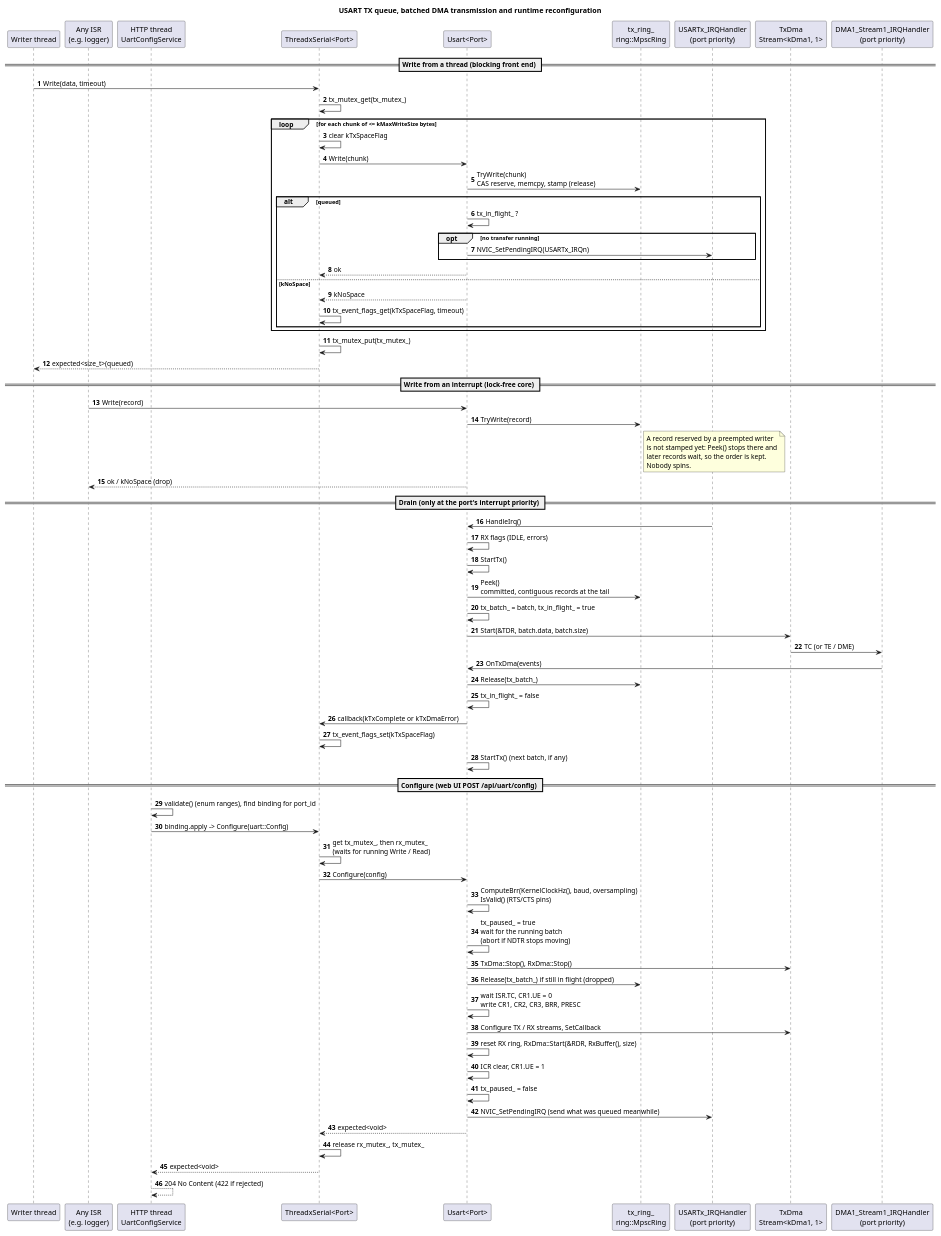
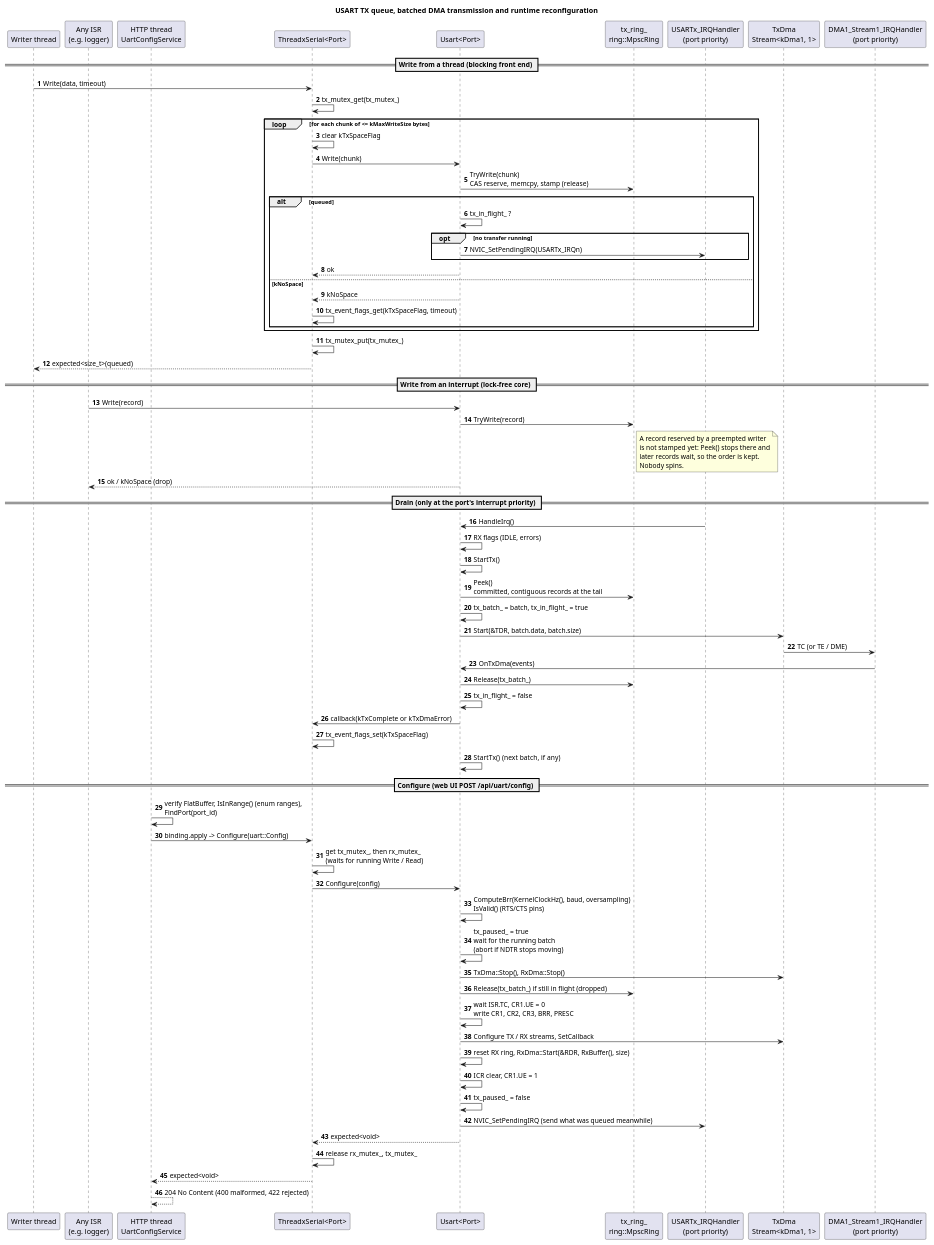
One commit to ertekinsener/stm32h7-drivers changed the diagram in docs/uart/usart_tx_configure_sequence.puml. Above: the diagram before and after it, drawn with PlantUML. The commit also changed 2 other files, not shown here.

```diff
--- a/docs/uart/usart_tx_configure_sequence.puml
+++ b/docs/uart/usart_tx_configure_sequence.puml
@@ -1,81 +1,81 @@
 @startuml usart_tx_configure_sequence
 title USART TX queue, batched DMA transmission and runtime reconfiguration
 autonumber
 
 participant "Writer thread" as W
 participant "Any ISR\n(e.g. logger)" as I
 participant "HTTP thread\nUartConfigService" as H
 participant "ThreadxSerial<Port>" as S
 participant "Usart<Port>" as U
 participant "tx_ring_\nring::MpscRing" as R
 participant "USARTx_IRQHandler\n(port priority)" as UI
 participant "TxDma\nStream<kDma1, 1>" as D
 participant "DMA1_Stream1_IRQHandler\n(port priority)" as DI
 
 == Write from a thread (blocking front end) ==
 W -> S : Write(data, timeout)
 S -> S : tx_mutex_get(tx_mutex_)
 loop for each chunk of <= kMaxWriteSize bytes
   S -> S : clear kTxSpaceFlag
   S -> U : Write(chunk)
   U -> R : TryWrite(chunk)\nCAS reserve, memcpy, stamp (release)
   alt queued
     U -> U : tx_in_flight_ ?
     opt no transfer running
       U -> UI : NVIC_SetPendingIRQ(USARTx_IRQn)
     end
     U --> S : ok
   else kNoSpace
     U --> S : kNoSpace
     S -> S : tx_event_flags_get(kTxSpaceFlag, timeout)
   end
 end
 S -> S : tx_mutex_put(tx_mutex_)
 S --> W : expected<size_t>(queued)
 
 == Write from an interrupt (lock-free core) ==
 I -> U : Write(record)
 U -> R : TryWrite(record)
 note right of R
   A record reserved by a preempted writer
   is not stamped yet: Peek() stops there and
   later records wait, so the order is kept.
   Nobody spins.
 end note
 U --> I : ok / kNoSpace (drop)
 
 == Drain (only at the port's interrupt priority) ==
 UI -> U : HandleIrq()
 U -> U : RX flags (IDLE, errors)
 U -> U : StartTx()
 U -> R : Peek()\ncommitted, contiguous records at the tail
 U -> U : tx_batch_ = batch, tx_in_flight_ = true
 U -> D : Start(&TDR, batch.data, batch.size)
 D -> DI : TC (or TE / DME)
 DI -> U : OnTxDma(events)
 U -> R : Release(tx_batch_)
 U -> U : tx_in_flight_ = false
 U -> S : callback(kTxComplete or kTxDmaError)
 S -> S : tx_event_flags_set(kTxSpaceFlag)
 U -> U : StartTx()  (next batch, if any)
 
 == Configure (web UI POST /api/uart/config) ==
-H -> H : validate() (enum ranges), find binding for port_id
+H -> H : verify FlatBuffer, IsInRange() (enum ranges),\nFindPort(port_id)
 H -> S : binding.apply -> Configure(uart::Config)
 S -> S : get tx_mutex_, then rx_mutex_\n(waits for running Write / Read)
 S -> U : Configure(config)
 U -> U : ComputeBrr(KernelClockHz(), baud, oversampling)\nIsValid() (RTS/CTS pins)
 U -> U : tx_paused_ = true\nwait for the running batch\n(abort if NDTR stops moving)
 U -> D : TxDma::Stop(), RxDma::Stop()
 U -> R : Release(tx_batch_) if still in flight (dropped)
 U -> U : wait ISR.TC, CR1.UE = 0\nwrite CR1, CR2, CR3, BRR, PRESC
 U -> D : Configure TX / RX streams, SetCallback
 U -> U : reset RX ring, RxDma::Start(&RDR, RxBuffer(), size)
 U -> U : ICR clear, CR1.UE = 1
 U -> U : tx_paused_ = false
 U -> UI : NVIC_SetPendingIRQ (send what was queued meanwhile)
 U --> S : expected<void>
 S -> S : release rx_mutex_, tx_mutex_
 S --> H : expected<void>
-H --> H : 204 No Content (422 if rejected)
+H --> H : 204 No Content (400 malformed, 422 rejected)
 @enduml
```
